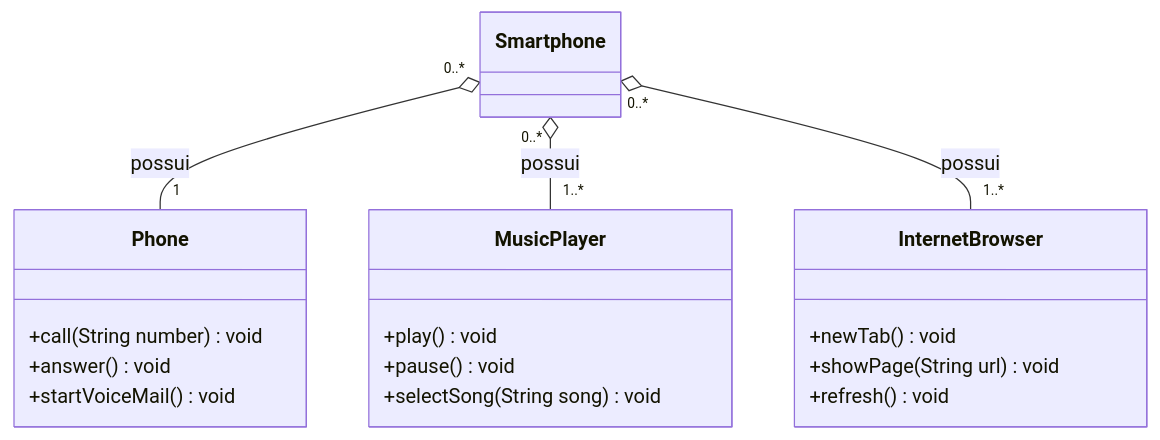
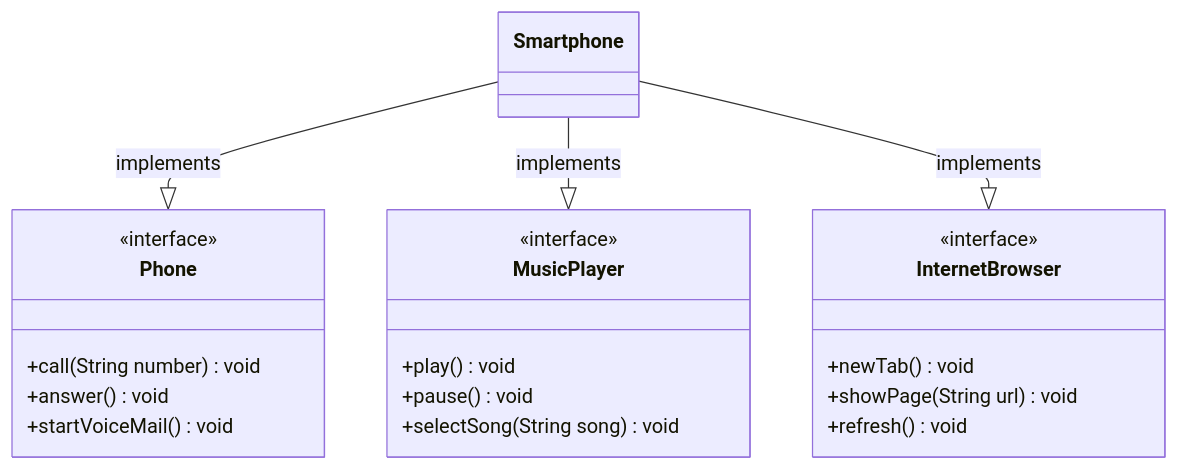
Before and after one commit to br-adriel/java-dio-desafio-uml: the diagram in docs/classes-diagram.md, drawn with Mermaid.

Commit message:
docs: Turn aggregated classes into interfaces

````diff
--- a/docs/classes-diagram.md
+++ b/docs/classes-diagram.md
@@ -3,22 +3,25 @@
 ```mermaid
 classDiagram
   class Phone
+  <<interface>> Phone
   Phone: +call(String number) void
   Phone: +answer() void
   Phone: +startVoiceMail() void
 
   class MusicPlayer
+  <<interface>> MusicPlayer
   MusicPlayer: +play() void
   MusicPlayer: +pause() void
   MusicPlayer: +selectSong(String song) void
 
   class InternetBrowser
+  <<interface>> InternetBrowser
   InternetBrowser: +newTab() void
   InternetBrowser: +showPage(String url) void
   InternetBrowser: +refresh() void
 
   class Smartphone
-  Smartphone "0..*" o-- "1" Phone : possui
-  Smartphone "0..*" o-- "1..*" MusicPlayer : possui
-  Smartphone "0..*" o-- "1..*" InternetBrowser : possui
+  Smartphone --|> Phone : implements
+  Smartphone --|> MusicPlayer : implements
+  Smartphone --|> InternetBrowser : implements
 ```
````
